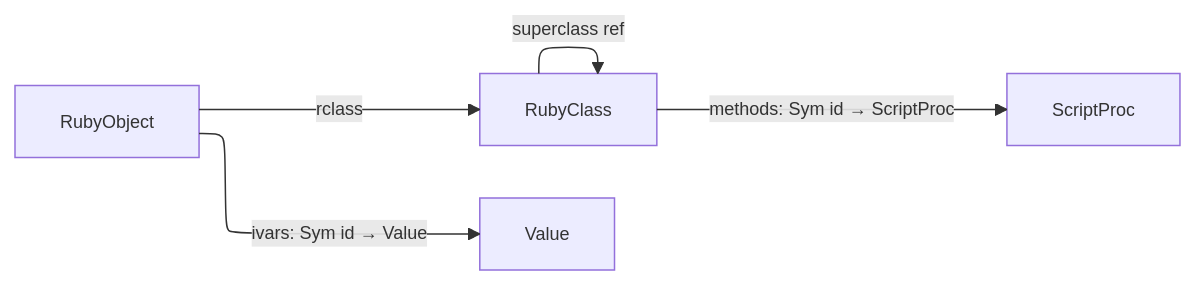
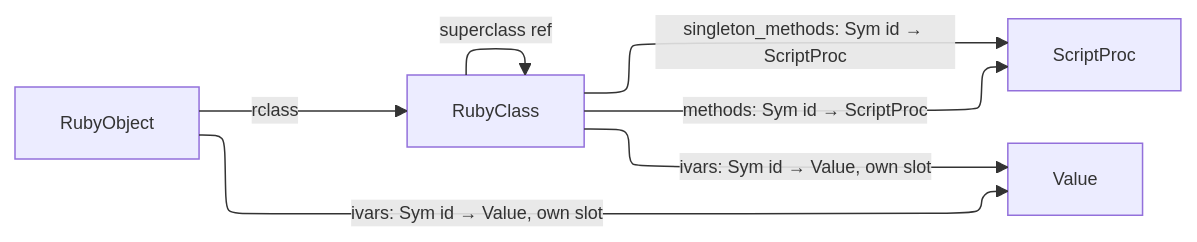
One commit to ModelArmy/adjutant.cr changed the fourth of 12 diagrams in DEVELOPMENT.md. Above: the diagram before and after it, drawn with Mermaid. The commit also changed other lines of this file and 15 other files, not shown here.

````diff
--- a/DEVELOPMENT.md
+++ b/DEVELOPMENT.md
@@ -230,14 +230,16 @@
 ```mermaid
 ---
 displayMode: compact
 config:
   layout: elk
   themeVariables:
     fontSize: 12px
 ---
 flowchart LR
     RubyClass -->|superclass ref| RubyClass
     RubyClass -->|methods: Sym id → ScriptProc| ScriptProc
+    RubyClass -->|singleton_methods: Sym id → ScriptProc| ScriptProc
+    RubyClass -->|ivars: Sym id → Value, own slot| Value
     RubyObject -->|rclass| RubyClass
-    RubyObject -->|ivars: Sym id → Value| Value
+    RubyObject -->|ivars: Sym id → Value, own slot| Value
 ```
````
